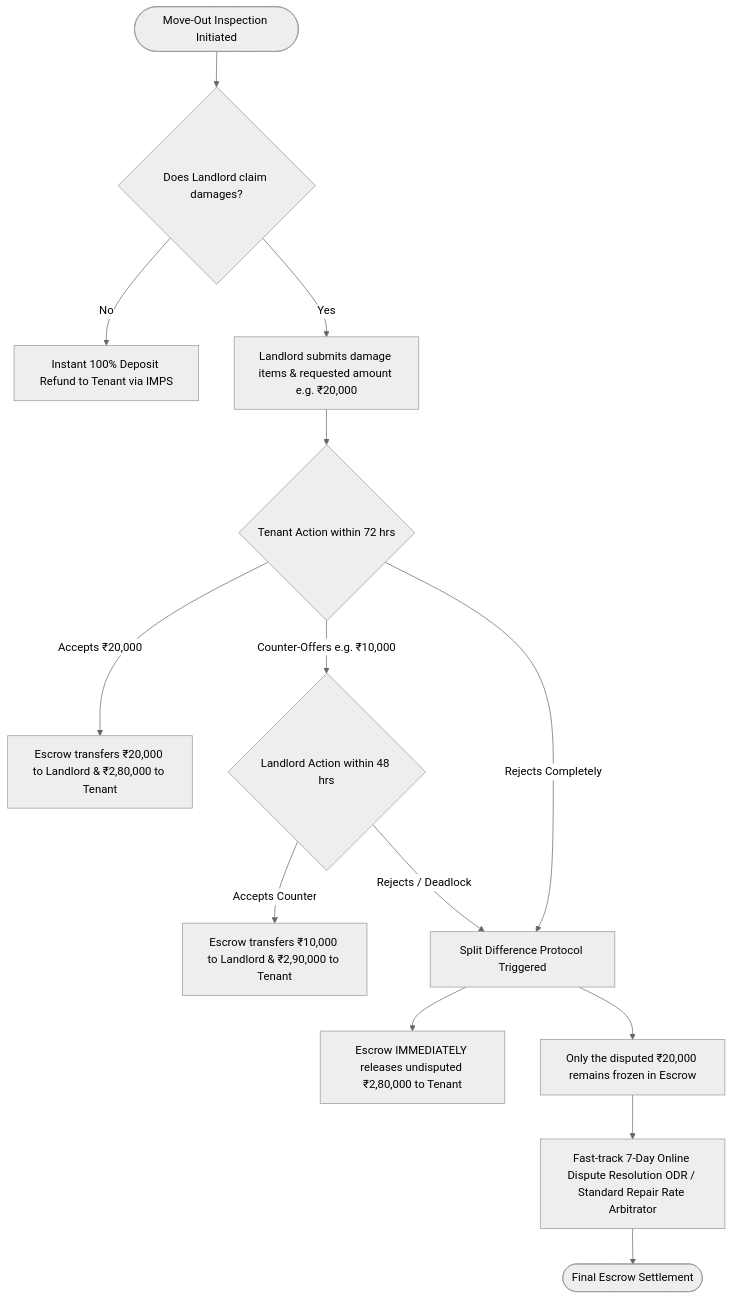
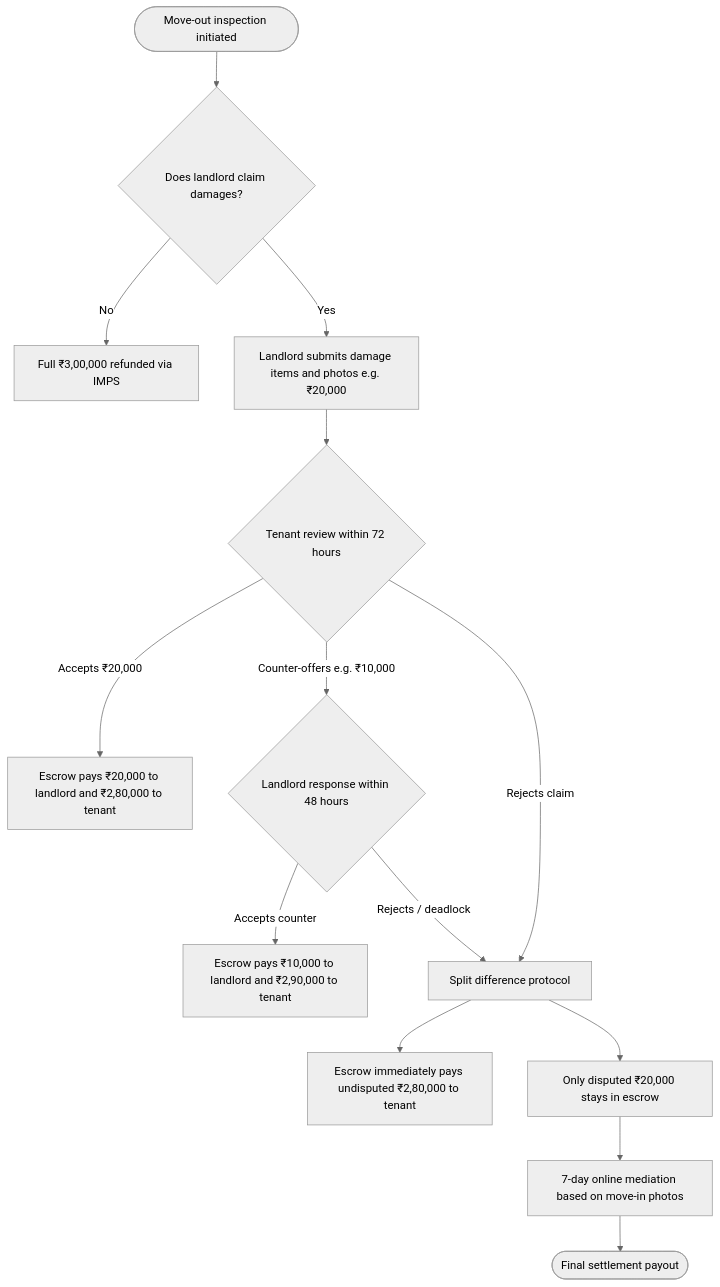
One commit to its-debojyoti-dey/rental-escrow-platform changed the second of 3 diagrams in PRD_AND_SYSTEM_ARCHITECTURE.md. Above: the diagram before and after it, drawn with Mermaid (neutral theme). The commit also changed other lines of this file and 1 other file, not shown here.

````diff
--- a/PRD_AND_SYSTEM_ARCHITECTURE.md
+++ b/PRD_AND_SYSTEM_ARCHITECTURE.md
@@ -130,24 +133,24 @@
 ```mermaid
 flowchart TD
-    Start([Move-Out Inspection Initiated]) --> LandlordClaim{Does Landlord claim damages?}
+    Start([Move-out inspection initiated]) --> LandlordClaim{Does landlord claim damages?}
     
-    LandlordClaim -- No --> FullRefund[Instant 100% Deposit Refund to Tenant via IMPS]
-    LandlordClaim -- Yes --> SubmitItems[Landlord submits damage items & requested amount e.g. ₹20,000]
+    LandlordClaim -- No --> FullRefund[Full ₹3,00,000 refunded via IMPS]
+    LandlordClaim -- Yes --> SubmitItems[Landlord submits damage items and photos e.g. ₹20,000]
     
-    SubmitItems --> TenantReview{Tenant Action within 72 hrs}
+    SubmitItems --> TenantReview{Tenant review within 72 hours}
     
-    TenantReview -- "Accepts ₹20,000" --> ExecuteInstantSplit[Escrow transfers ₹20,000 to Landlord & ₹2,80,000 to Tenant]
+    TenantReview -- "Accepts ₹20,000" --> ExecuteInstantSplit[Escrow pays ₹20,000 to landlord and ₹2,80,000 to tenant]
     
-    TenantReview -- "Counter-Offers e.g. ₹10,000" --> LandlordCounter{Landlord Action within 48 hrs}
+    TenantReview -- "Counter-offers e.g. ₹10,000" --> LandlordCounter{Landlord response within 48 hours}
     
-    LandlordCounter -- Accepts Counter --> ExecuteCounterSplit[Escrow transfers ₹10,000 to Landlord & ₹2,90,000 to Tenant]
+    LandlordCounter -- Accepts counter --> ExecuteCounterSplit[Escrow pays ₹10,000 to landlord and ₹2,90,000 to tenant]
     
-    LandlordCounter -- Rejects / Deadlock --> DeadlockProtocol[Split Difference Protocol Triggered]
-    TenantReview -- Rejects Completely --> DeadlockProtocol
+    LandlordCounter -- Rejects / deadlock --> DeadlockProtocol[Split difference protocol]
+    TenantReview -- Rejects claim --> DeadlockProtocol
     
-    DeadlockProtocol --> ReleaseUndisputed[Escrow IMMEDIATELY releases undisputed ₹2,80,000 to Tenant]
-    DeadlockProtocol --> FreezeDisputed[Only the disputed ₹20,000 remains frozen in Escrow]
+    DeadlockProtocol --> ReleaseUndisputed[Escrow immediately pays undisputed ₹2,80,000 to tenant]
+    DeadlockProtocol --> FreezeDisputed[Only disputed ₹20,000 stays in escrow]
     
-    FreezeDisputed --> Mediation[Fast-track 7-Day Online Dispute Resolution ODR / Standard Repair Rate Arbitrator]
-    Mediation --> FinalArbitrationPayout([Final Escrow Settlement])
+    FreezeDisputed --> Mediation[7-day online mediation based on move-in photos]
+    Mediation --> FinalArbitrationPayout([Final settlement payout])
 ```
````
